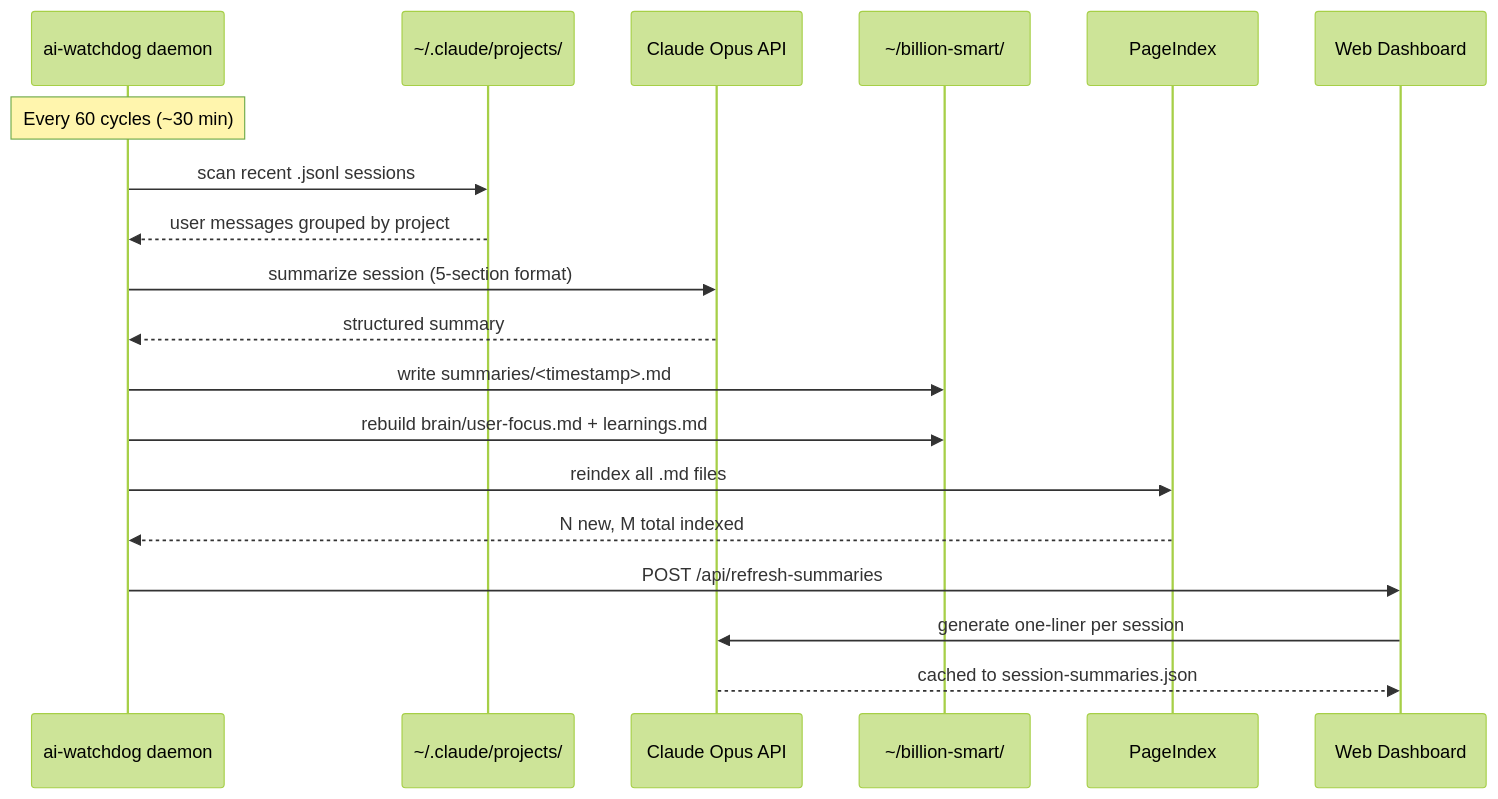
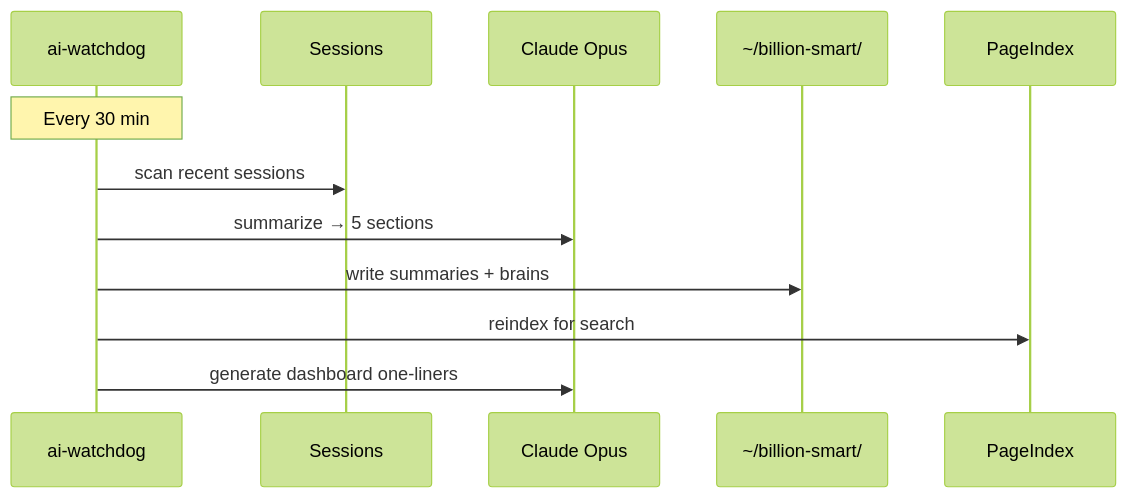
Before and after one commit to bianbiandashen/ai-watchdog: the third of 3 diagrams in README.md, drawn with Mermaid (forest theme). The commit also changed other lines of this file, not shown here.

First line of the commit message:
docs: refine README — focus on actual value, concise usage

````diff
--- a/README.md
+++ b/README.md
@@ -357,27 +227,15 @@
 ```mermaid
 sequenceDiagram
-    participant WD as ai-watchdog daemon
-    participant FS as ~/.claude/projects/
-    participant LLM as Claude Opus API
+    participant WD as ai-watchdog
+    participant FS as Sessions
+    participant LLM as Claude Opus
     participant SM as ~/billion-smart/
     participant PI as PageIndex
-    participant WEB as Web Dashboard
 
-    Note over WD: Every 60 cycles (~30 min)
-
-    WD->>FS: scan recent .jsonl sessions
-    FS-->>WD: user messages grouped by project
-
-    WD->>LLM: summarize session (5-section format)
-    LLM-->>WD: structured summary
-
-    WD->>SM: write summaries/<timestamp>.md
-    WD->>SM: rebuild brain/user-focus.md + learnings.md
-
-    WD->>PI: reindex all .md files
-    PI-->>WD: N new, M total indexed
-
-    WD->>WEB: POST /api/refresh-summaries
-    WEB->>LLM: generate one-liner per session
-    LLM-->>WEB: cached to session-summaries.json
+    Note over WD: Every 30 min
+    WD->>FS: scan recent sessions
+    WD->>LLM: summarize → 5 sections
+    WD->>SM: write summaries + brains
+    WD->>PI: reindex for search
+    WD->>LLM: generate dashboard one-liners
 ```
````
